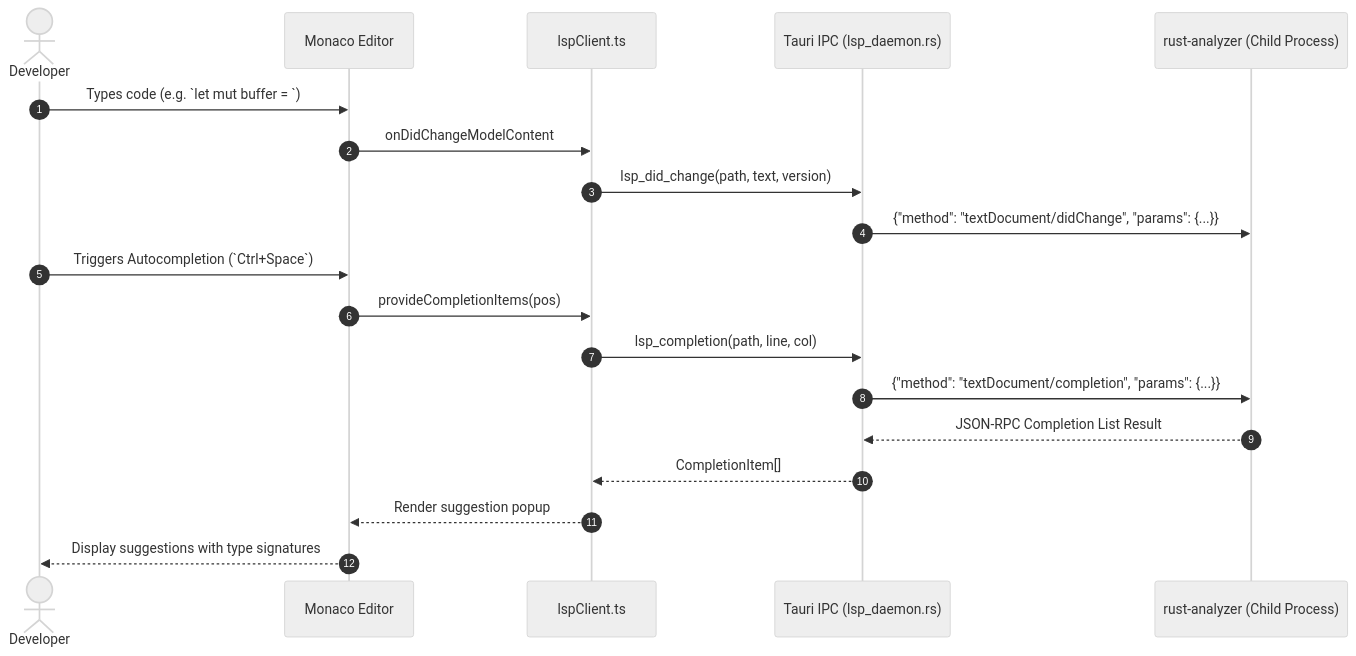
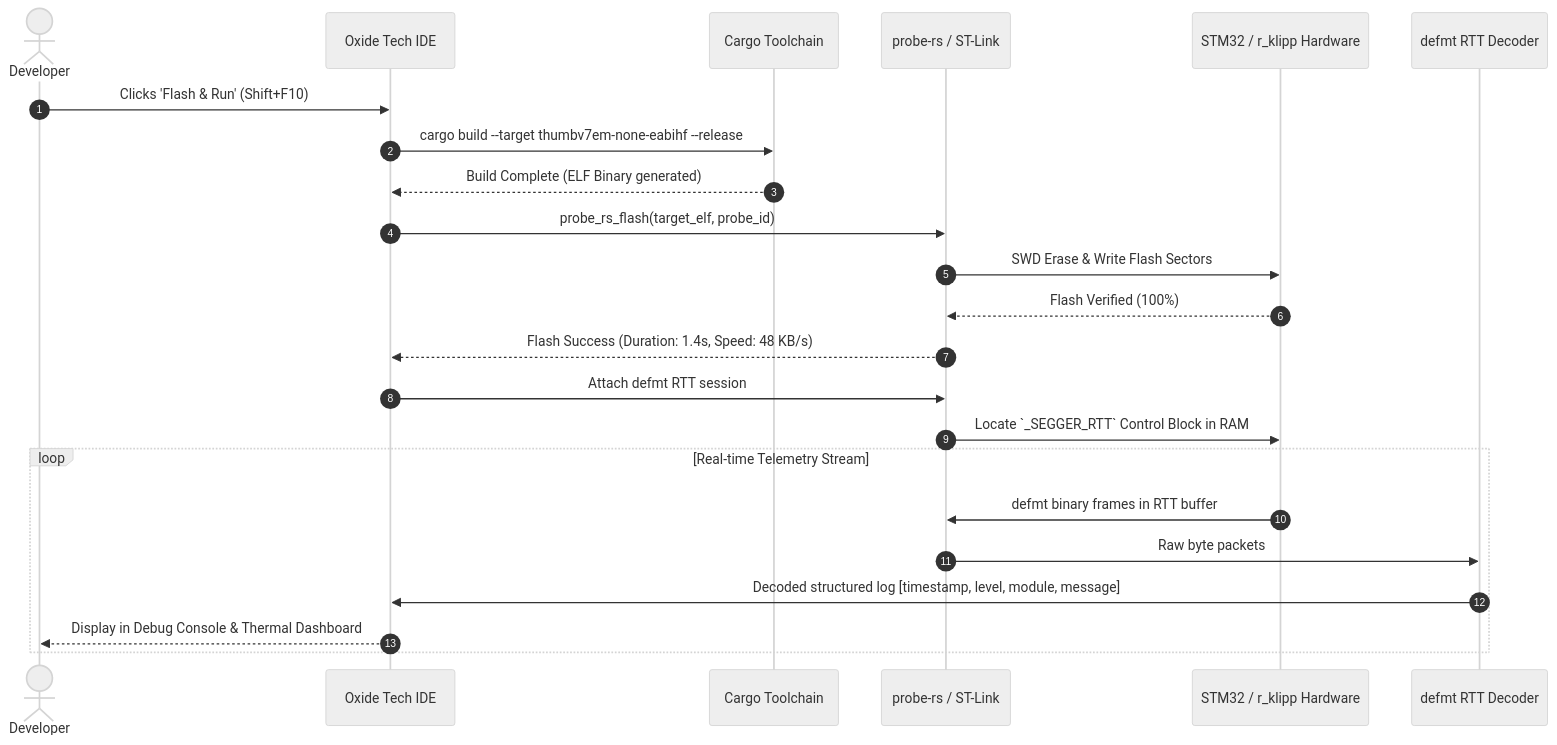
One commit to FaezBarghasa/Oxide-Tech-IDE changed the second of 4 diagrams in docs/diagram.md. Above: the diagram before and after it, drawn with Mermaid (neutral theme). The commit also changed other lines of this file and 3 other files, not shown here.

Commit message:
docs: update architecture and design documentation for MCP, embedded hardware, and AI features

````diff
--- a/docs/diagram.md
+++ b/docs/diagram.md
@@ -66,23 +80,28 @@
 ```mermaid
 sequenceDiagram
     autonumber
     actor Dev as Developer
-    participant Monaco as Monaco Editor
-    participant Client as lspClient.ts
-    participant Tauri as Tauri IPC (lsp_daemon.rs)
-    participant RA as rust-analyzer (Child Process)
+    participant IDE as Oxide Tech IDE
+    participant Cargo as Cargo Toolchain
+    participant Probe as probe-rs / ST-Link
+    participant MCU as STM32 / r_klipp Hardware
+    participant RTT as defmt RTT Decoder
 
-    Dev->>Monaco: Types code (e.g. `let mut buffer = `)
-    Monaco->>Client: onDidChangeModelContent
-    Client->>Tauri: lsp_did_change(path, text, version)
-    Tauri->>RA: {"method": "textDocument/didChange", "params": {...}}
+    Dev->>IDE: Clicks 'Flash & Run' (Shift+F10)
+    IDE->>Cargo: cargo build --target thumbv7em-none-eabihf --release
+    Cargo-->>IDE: Build Complete (ELF Binary generated)
+    IDE->>Probe: probe_rs_flash(target_elf, probe_id)
+    Probe->>MCU: SWD Erase & Write Flash Sectors
+    MCU-->>Probe: Flash Verified (100%)
+    Probe-->>IDE: Flash Success (Duration: 1.4s, Speed: 48 KB/s)
     
-    Dev->>Monaco: Triggers Autocompletion (`Ctrl+Space`)
-    Monaco->>Client: provideCompletionItems(pos)
-    Client->>Tauri: lsp_completion(path, line, col)
-    Tauri->>RA: {"method": "textDocument/completion", "params": {...}}
-    RA-->>Tauri: JSON-RPC Completion List Result
-    Tauri-->>Client: CompletionItem[]
-    Client-->>Monaco: Render suggestion popup
-    Monaco-->>Dev: Display suggestions with type signatures
+    IDE->>Probe: Attach defmt RTT session
+    Probe->>MCU: Locate `_SEGGER_RTT` Control Block in RAM
+    
+    loop Real-time Telemetry Stream
+        MCU->>Probe: defmt binary frames in RTT buffer
+        Probe->>RTT: Raw byte packets
+        RTT->>IDE: Decoded structured log [timestamp, level, module, message]
+        IDE-->>Dev: Display in Debug Console & Thermal Dashboard
+    end
 ```
````
